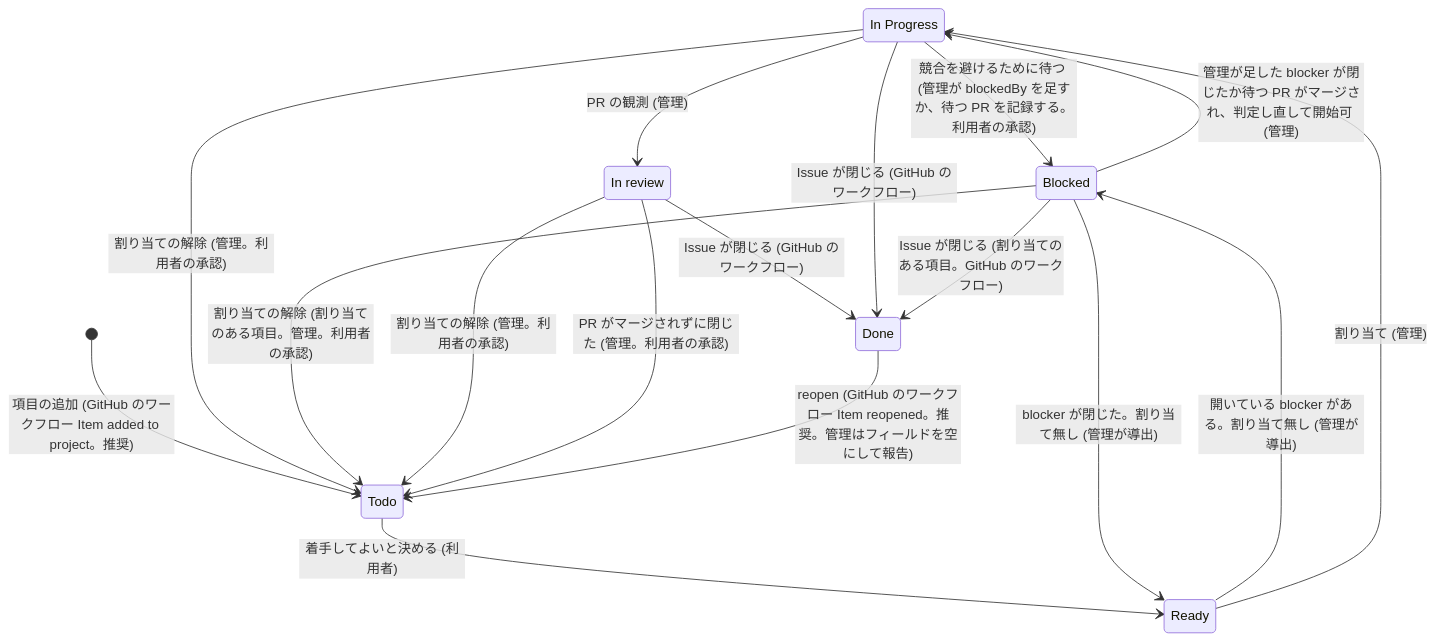
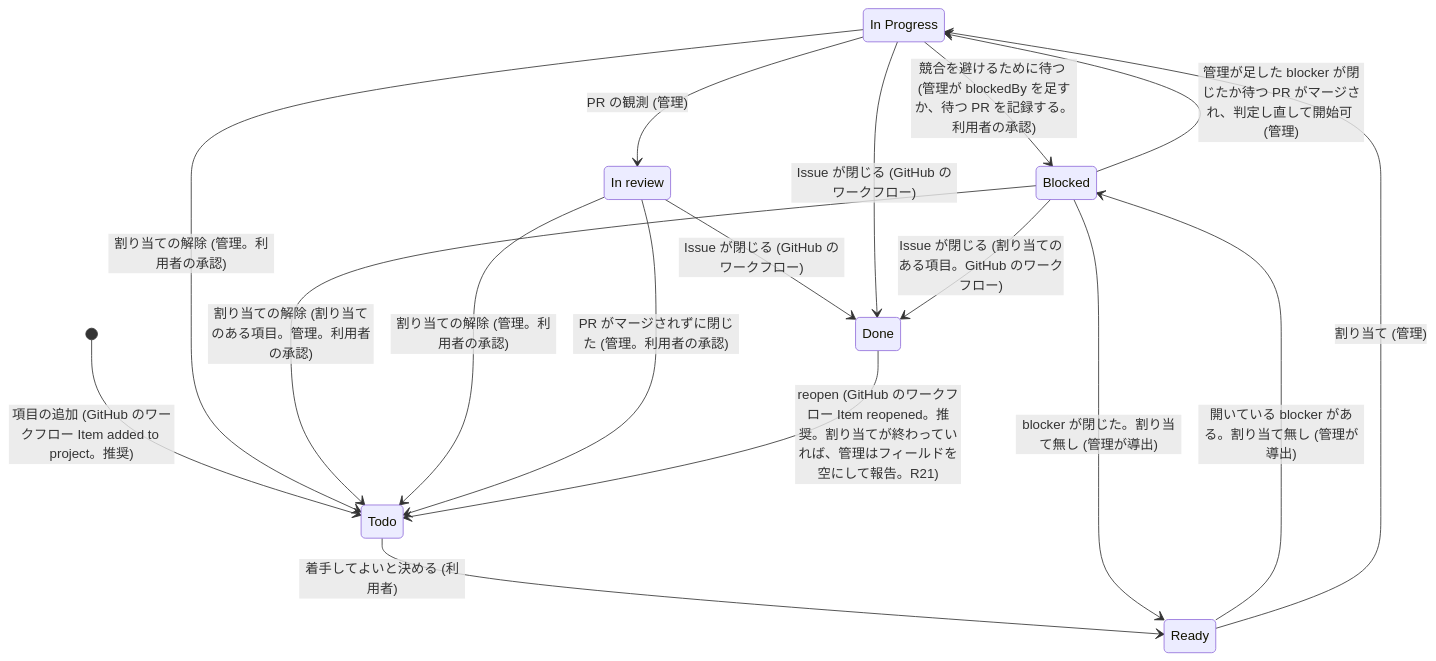
The second of 3 diagrams in docs/plans/2026-10-06-2025-feat-issue-dispatch-plan.md (akm/claude-plugins), drawn with Mermaid before and after one commit. The commit also changed other lines of this file, not shown here.

First line of the commit message:
📝 docs(plans): issue-dispatch の計画で、reopen と記録の作り直しを、割り当てが続いているか・Issue が開いているかで分ける (#114)

````diff
--- a/docs/plans/2026-10-06-2025-feat-issue-dispatch-plan.md
+++ b/docs/plans/2026-10-06-2025-feat-issue-dispatch-plan.md
@@ -744,21 +744,21 @@
 ```mermaid
 stateDiagram-v2
   state "In Progress" as InProgress
   state "In review" as InReview
   [*] --> Todo: 項目の追加 (GitHub のワークフロー Item added to project。推奨)
   Todo --> Ready: 着手してよいと決める (利用者)
   Ready --> Blocked: 開いている blocker がある。割り当て無し (管理が導出)
   Blocked --> Ready: blocker が閉じた。割り当て無し (管理が導出)
   Ready --> InProgress: 割り当て (管理)
   InProgress --> Blocked: 競合を避けるために待つ (管理が blockedBy を足すか、待つ PR を記録する。利用者の承認)
   Blocked --> InProgress: 管理が足した blocker が閉じたか待つ PR がマージされ、判定し直して開始可 (管理)
   InProgress --> InReview: PR の観測 (管理)
   InReview --> Done: Issue が閉じる (GitHub のワークフロー)
   InProgress --> Done: Issue が閉じる (GitHub のワークフロー)
   Blocked --> Done: Issue が閉じる (割り当てのある項目。GitHub のワークフロー)
   InProgress --> Todo: 割り当ての解除 (管理。利用者の承認)
   Blocked --> Todo: 割り当ての解除 (割り当てのある項目。管理。利用者の承認)
   InReview --> Todo: 割り当ての解除 (管理。利用者の承認)
   InReview --> Todo: PR がマージされずに閉じた (管理。利用者の承認)
-  Done --> Todo: reopen (GitHub のワークフロー Item reopened。推奨。管理はフィールドを空にして報告)
+  Done --> Todo: reopen (GitHub のワークフロー Item reopened。推奨。割り当てが終わっていれば、管理はフィールドを空にして報告。R21)
 ```
````
